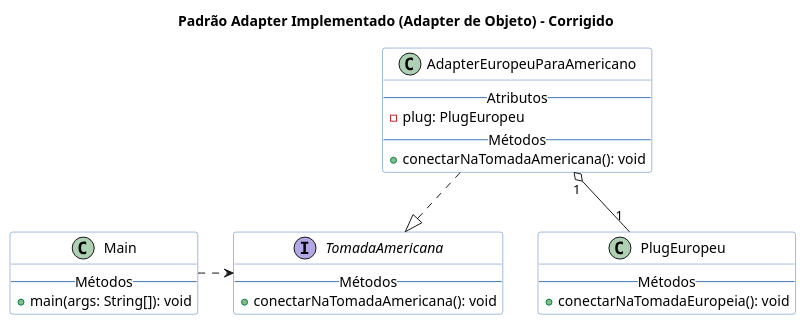
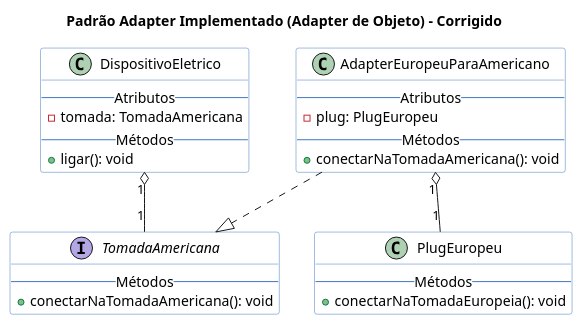
One commit to thiagosabreu/bertoti changed the diagram in Padrões de Projeto/Adapter/padrão/adapter_padrao.puml. Above: the diagram before and after it, drawn with PlantUML. The commit also changed 5 other files, not shown here.

```diff
--- a/Padrões de Projeto/Adapter/padrão/adapter_padrao.puml
+++ b/Padrões de Projeto/Adapter/padrão/adapter_padrao.puml
@@ -1,54 +1,55 @@
 @startuml
 title Padrão Adapter Implementado (Adapter de Objeto) - Corrigido
 
 ' Configuração de estilo (sem fundo)
 skinparam class {
   BorderColor #4078c0
   BackgroundColor white
   AttributeFontColor black
 }
 skinparam interface {
   BorderColor #6cc644
   BackgroundColor white
   AttributeFontColor black
 }
 skinparam backgroundcolor white
 
 ' 1. Interface (Target - Alvo)
 interface TomadaAmericana {
   -- Métodos --
   + conectarNaTomadaAmericana(): void
 }
 
 ' 2. Classe Adaptada (Adaptee)
 class PlugEuropeu {
   -- Métodos --
   + conectarNaTomadaEuropeia(): void
 }
 
 ' 3. Classe Adapter (Adaptador)
 class AdapterEuropeuParaAmericano {
   -- Atributos --
   - plug: PlugEuropeu
   -- Métodos --
   + conectarNaTomadaAmericana(): void
 }
 
-' 4. Classe Cliente (Client)
-class Main {
-    -- Métodos --
-    + main(args: String[]): void
+' 4. Nova Classe Cliente
+class DispositivoEletrico {
+  -- Atributos --
+  - tomada: TomadaAmericana
+  -- Métodos --
+  + ligar(): void
 }
 
 ' RELAÇÕES:
 
-' Implementação (Adapter implementa Target) - Linha tracejada com triângulo vazio
+' Implementação (Adapter implementa Target)
 AdapterEuropeuParaAmericano ..|> TomadaAmericana
 
-' Agregação 1:1 (Adapter contem o PlugEuropeu) - Losango Vazio (Agregação)
 AdapterEuropeuParaAmericano "1" o-- "1" PlugEuropeu
 
-' Dependência/Uso (Main usa o Target) - Linha tracejada com seta aberta, SEM RÓTULO
-Main .right.> TomadaAmericana
+' Agregação (Cliente possui uma TomadaAmericana)
+DispositivoEletrico "1" o-- "1" TomadaAmericana
 
 @enduml
```
